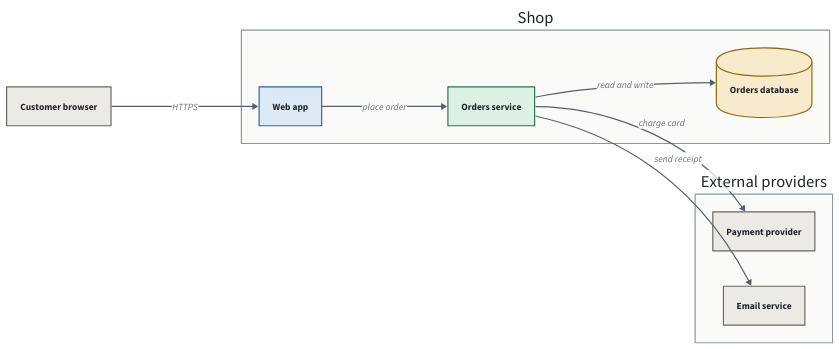
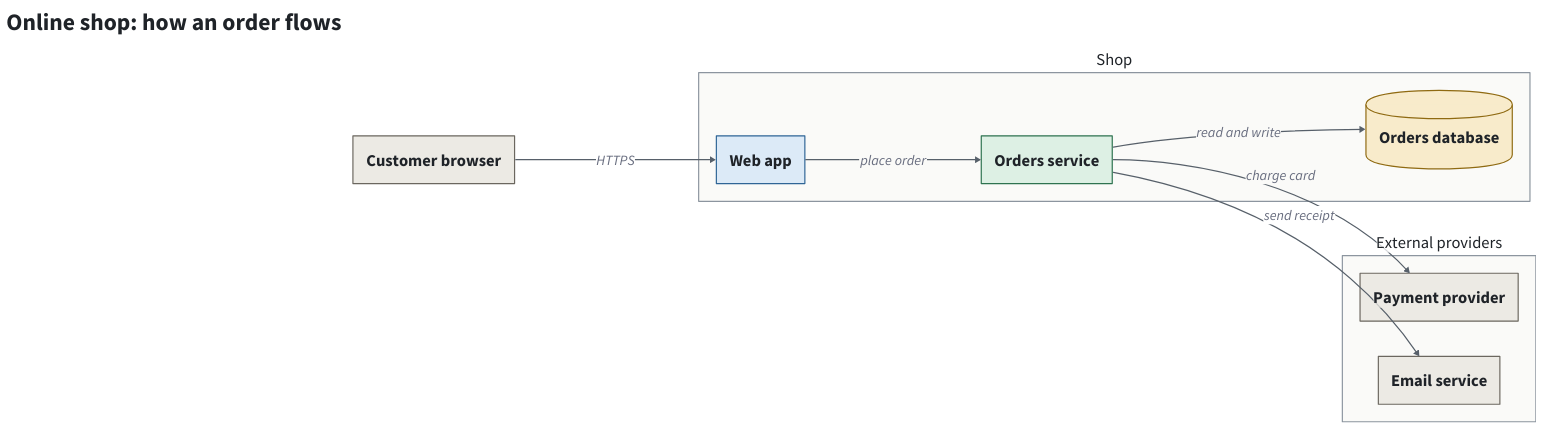
One commit to asabirov/diagrams-skill changed the diagram in checks/architecture.d2. Above: the diagram before and after it, drawn with D2. The commit also changed 4 other files, not shown here.

First line of the commit message:
Rename to diagrams, put the title inside the picture, and fix the test drive gaps (#32)

```diff
--- a/checks/architecture.d2
+++ b/checks/architecture.d2
@@ -1,46 +1,47 @@
 # Online shop architecture: the same diagram as checks/architecture.mmd.
 direction: right
 (** -> **)[*].style.stroke: "#57606A"
+(** <-> **)[*].style.stroke: "#57606A"
+(** -> **)[*].style.font-size: 24
+(** <-> **)[*].style.font-size: 24
+**.style.font-size: 28
+
+title: "Online shop: how an order flows" {
+  near: top-left
+  shape: text
+  style: {font-size: 40; bold: true; font-color: "#1F2328"}
+}
 
 classes: {
   # outside: people, browsers and other companies' systems
   outside: {style: {fill: "#ECEAE4"; stroke: "#6B675F"; font-color: "#1F2328"}}
   # way in: what first receives a request, such as a web app, API or queue
   way-in: {style: {fill: "#DCEAF7"; stroke: "#2F6596"; font-color: "#1F2328"}}
   # core: the services and jobs that do the work
   core: {style: {fill: "#DDF0E4"; stroke: "#2E7350"; font-color: "#1F2328"}}
   # records: databases, files and other stored data
   records: {style: {fill: "#F8EBCB"; stroke: "#8F6A12"; font-color: "#1F2328"}}
   # group: a boundary around boxes, such as a system or a team
   group: {style: {fill: "#FAFAF8"; stroke: "#8C959F"; font-color: "#1F2328"}}
 }
 
 browser: Customer browser {class: outside}
 
 shop: Shop {
   class: group
   web: Web app {class: way-in}
   orders: Orders service {class: core}
   db: Orders database {shape: cylinder; class: records}
   web -> orders: place order
   orders -> db: read and write
 }
 
 external: External providers {
   class: group
   pay: Payment provider {class: outside}
   mail: Email service {class: outside}
 }
 
 browser -> shop.web: HTTPS
 shop.orders -> external.pay: charge card
 shop.orders -> external.mail: send receipt
-
-vars: {
-  d2-legend: {
-    a: Outside {class: outside}
-    b: Way in {class: way-in}
-    c: Core {class: core}
-    d: Records {shape: cylinder; class: records}
-  }
-}
```
